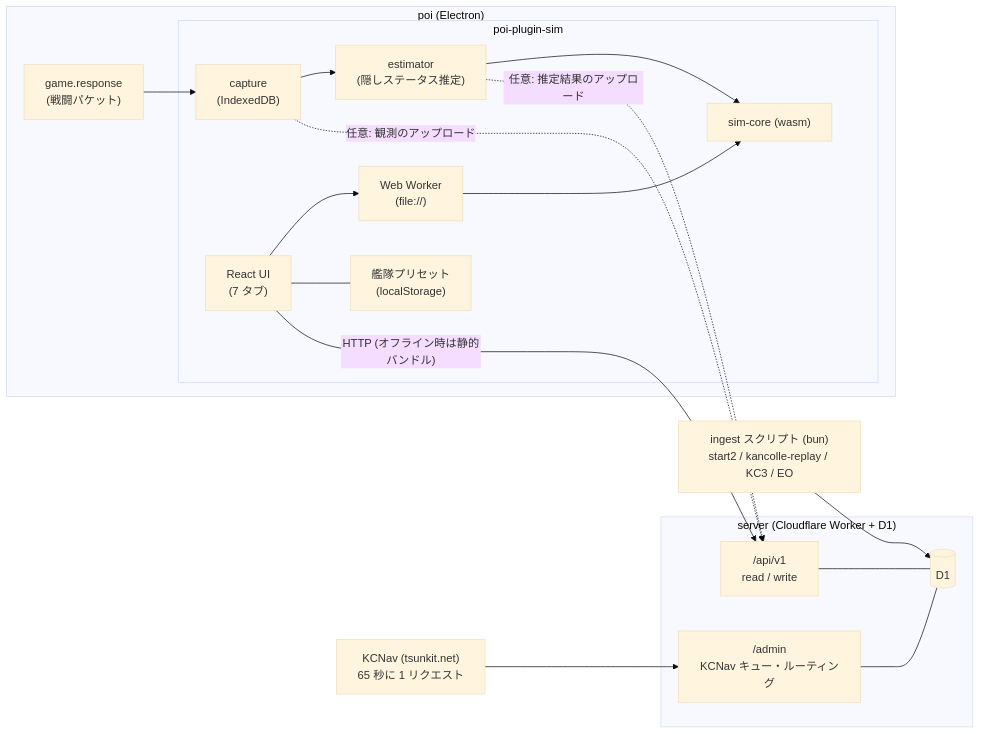
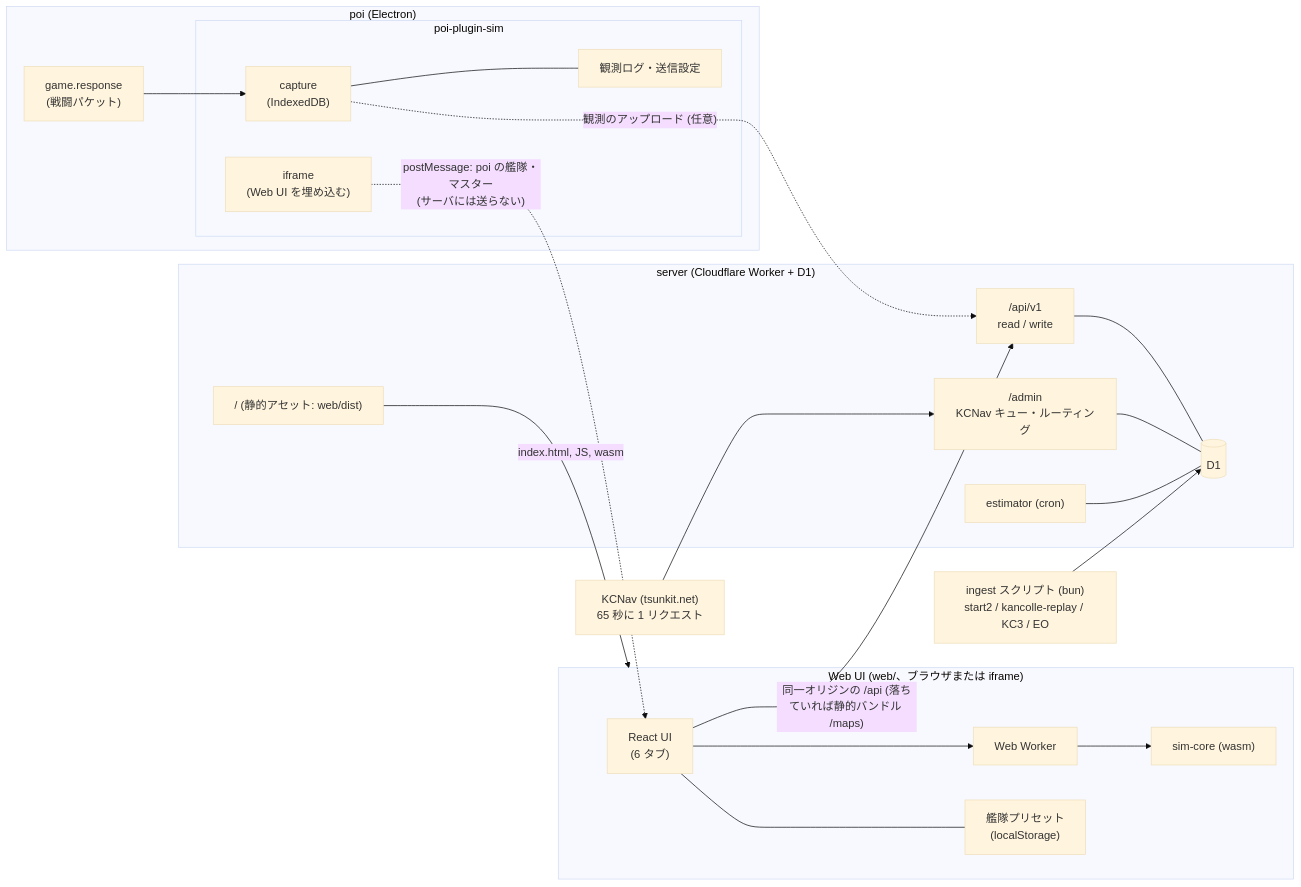
The diagram in README.md (gitdmnt/kc-sim), drawn with Mermaid (base theme) before and after one commit. The commit also changed other lines of this file and 1 other file, not shown here.

First line of the commit message:
docs: web UI served by the worker, thin plugin with embedded UI

````diff
--- a/README.md
+++ b/README.md
@@ -23,31 +25,37 @@
 ```mermaid
 flowchart LR
   subgraph poi["poi (Electron)"]
     GR["game.response<br/>(戦闘パケット)"]
     subgraph plugin["poi-plugin-sim"]
       CAP["capture<br/>(IndexedDB)"]
-      EST["estimator<br/>(隠しステータス推定)"]
-      UI["React UI<br/>(7 タブ)"]
-      WK["Web Worker<br/>(file://)"]
-      WASM["sim-core (wasm)"]
-      PRE["艦隊プリセット<br/>(localStorage)"]
+      LOG["観測ログ・送信設定"]
+      FRAME["iframe<br/>(Web UI を埋め込む)"]
     end
     GR --> CAP
-    CAP --> EST
-    EST --> WASM
+    CAP --- LOG
+  end
+  subgraph browser["Web UI (web/、ブラウザまたは iframe)"]
+    UI["React UI<br/>(6 タブ)"]
+    WK["Web Worker"]
+    WASM["sim-core (wasm)"]
+    PRE["艦隊プリセット<br/>(localStorage)"]
     UI --> WK --> WASM
     UI --- PRE
   end
+  FRAME -.->|"postMessage: poi の艦隊・マスター<br/>(サーバには送らない)"| UI
   subgraph dw["server (Cloudflare Worker + D1)"]
+    ASSETS["/ (静的アセット: web/dist)"]
     API["/api/v1<br/>read / write"]
     ADM["/admin<br/>KCNav キュー・ルーティング"]
+    EST["estimator (cron)"]
     D1[("D1")]
     API --- D1
     ADM --- D1
+    EST --- D1
   end
-  UI -->|"HTTP (オフライン時は静的バンドル)"| API
-  CAP -.->|"任意: 観測のアップロード"| API
-  EST -.->|"任意: 推定結果のアップロード"| API
+  ASSETS -->|"index.html, JS, wasm"| browser
+  UI -->|"同一オリジンの /api (落ちていれば静的バンドル /maps)"| API
+  CAP -.->|"観測のアップロード (任意)"| API
   ING["ingest スクリプト (bun)<br/>start2 / kancolle-replay / KC3 / EO"] --> D1
   KC["KCNav (tsunkit.net)<br/>65 秒に 1 リクエスト"] --> ADM
 ```
````
